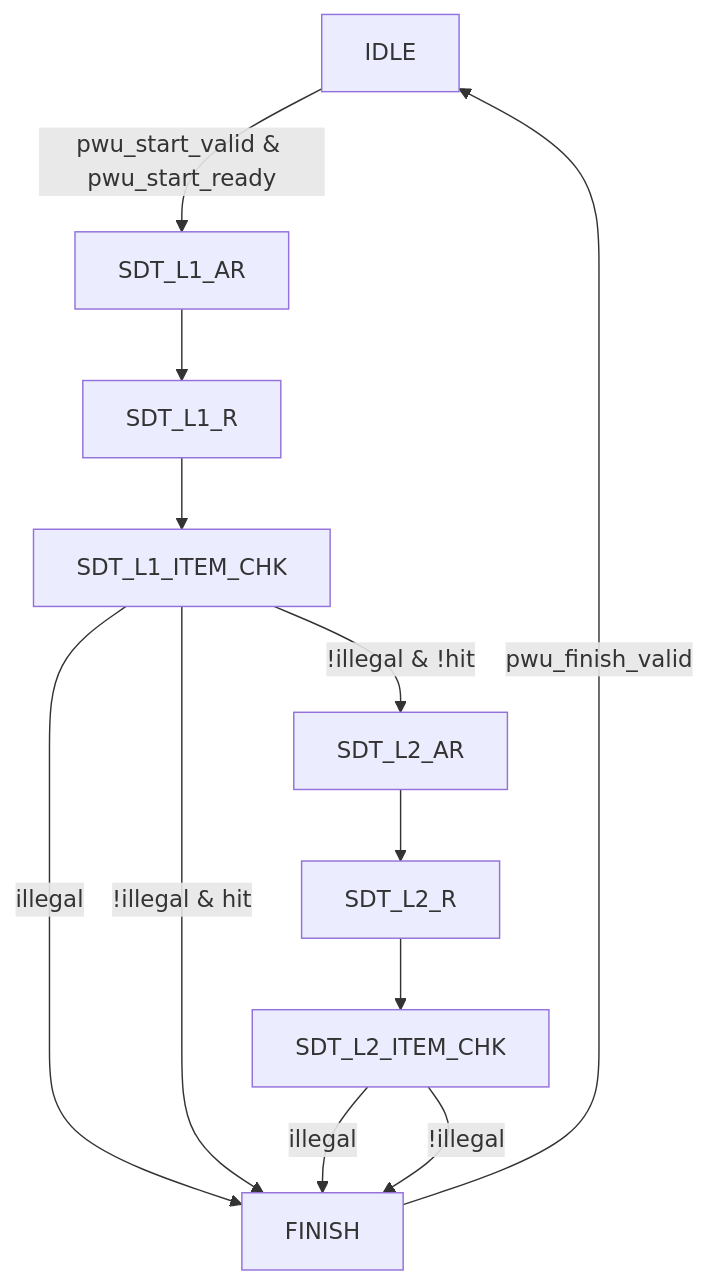
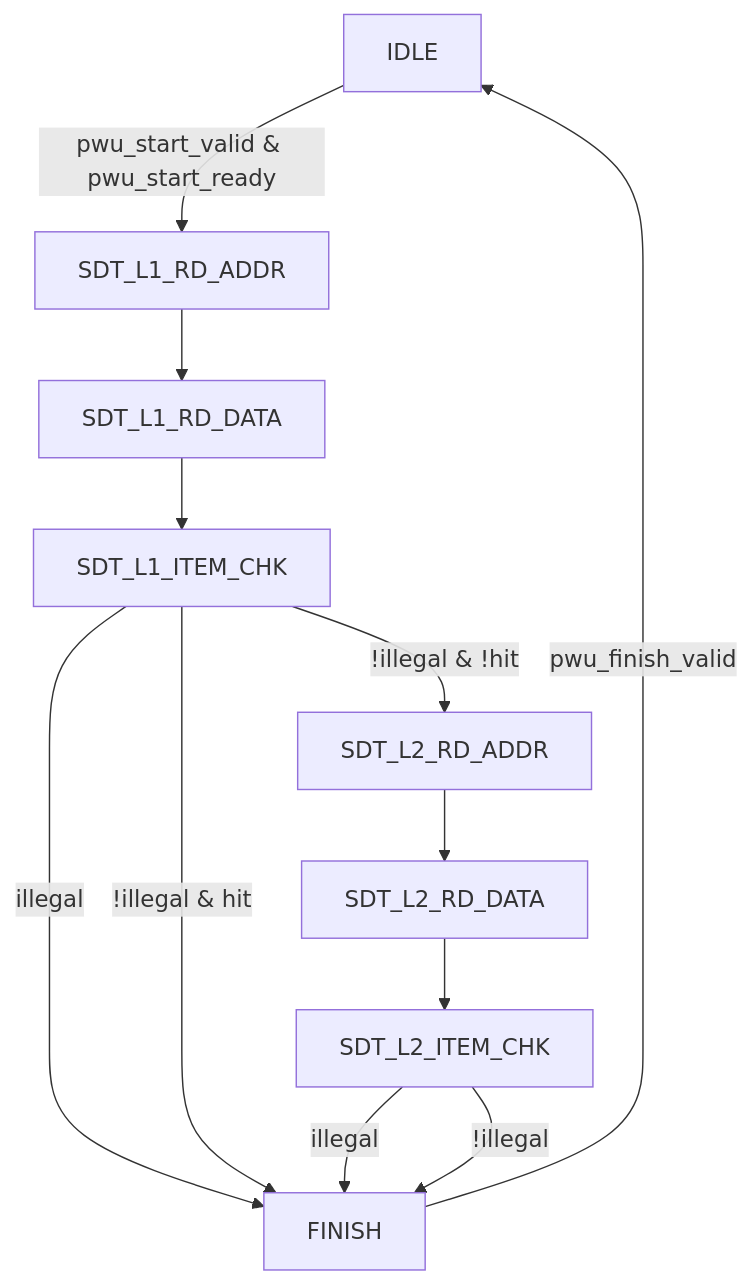
The sixth of 8 diagrams in doc/design_plan/SDecoder 设计方案 v1.0.md (DuBirdFly/C1_SDecoder), drawn with Mermaid before and after one commit. The commit also changed other lines of this file and 1 other file, not shown here.

First line of the commit message:
docs(design): 图表补名字, 统一装填反压口径

````diff
--- a/doc/design_plan/SDecoder 设计方案 v1.0.md
+++ b/doc/design_plan/SDecoder 设计方案 v1.0.md
@@ -396,15 +410,15 @@
 ```mermaid
 flowchart TD
     IDLE
-    IDLE -->|"pwu_start_valid & pwu_start_ready"| SDT_L1_AR
-    SDT_L1_AR --> SDT_L1_R
-    SDT_L1_R --> SDT_L1_ITEM_CHK
+    IDLE -->|"pwu_start_valid & pwu_start_ready"| SDT_L1_RD_ADDR
+    SDT_L1_RD_ADDR --> SDT_L1_RD_DATA
+    SDT_L1_RD_DATA --> SDT_L1_ITEM_CHK
     SDT_L1_ITEM_CHK -->|"illegal"| FINISH
-    SDT_L1_ITEM_CHK -->|"!illegal & !hit"| SDT_L2_AR
+    SDT_L1_ITEM_CHK -->|"!illegal & !hit"| SDT_L2_RD_ADDR
     SDT_L1_ITEM_CHK -->|"!illegal & hit"| FINISH
-    SDT_L2_AR --> SDT_L2_R
-    SDT_L2_R --> SDT_L2_ITEM_CHK
+    SDT_L2_RD_ADDR --> SDT_L2_RD_DATA
+    SDT_L2_RD_DATA --> SDT_L2_ITEM_CHK
     SDT_L2_ITEM_CHK -->|"illegal"| FINISH
     SDT_L2_ITEM_CHK -->|"!illegal"| FINISH
     FINISH -->|"pwu_finish_valid"| IDLE
 ```
````
